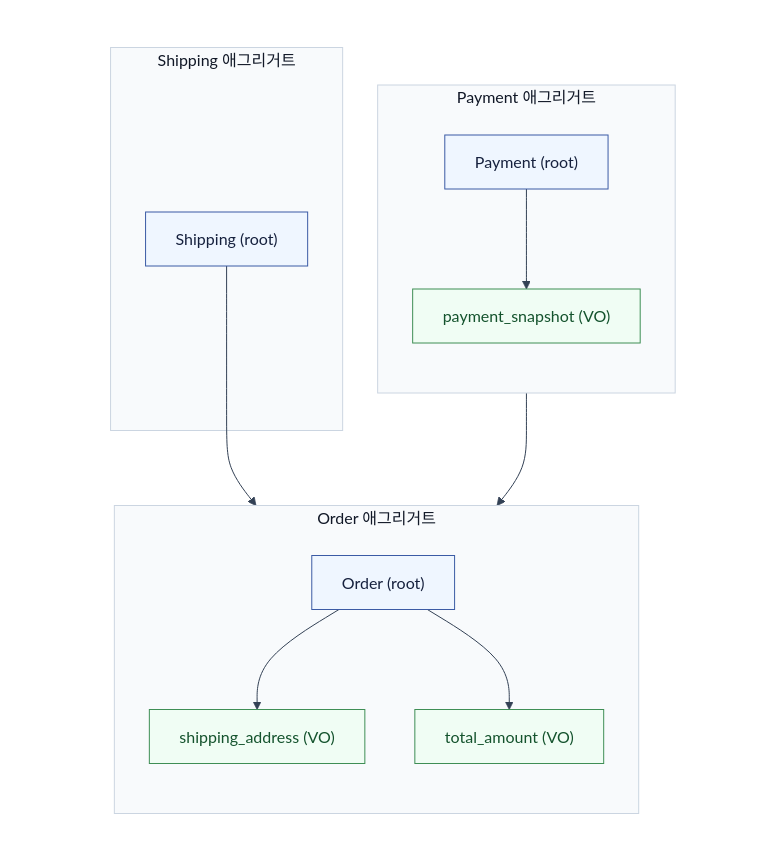
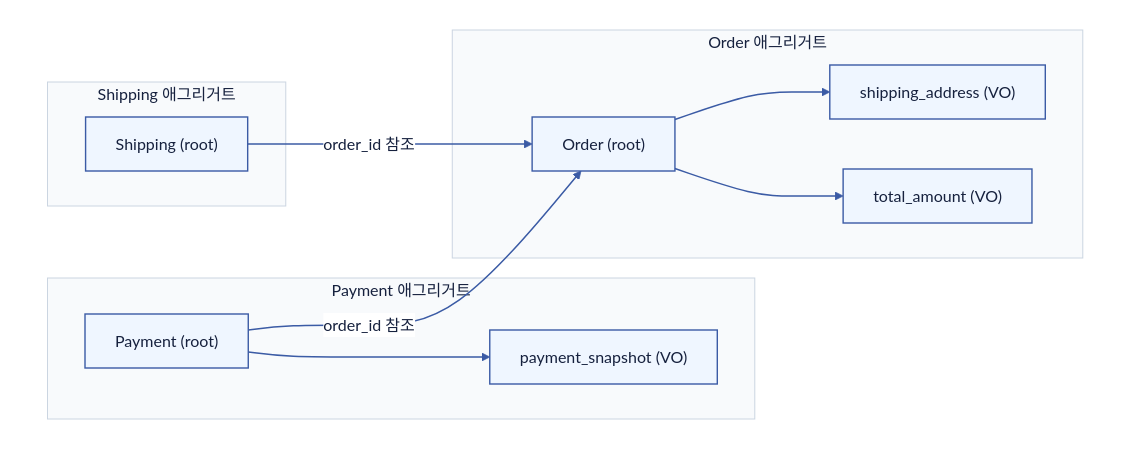
The diagram in computer-science/2606-ddd-aggregate.md (Hyune-s-lab/my-ai-study), drawn with Mermaid before and after one commit. The commit also changed 28 other files, not shown here.

Commit message:
docs: Mermaid 호환성과 문서 가독성 개선

````diff
--- a/computer-science/2606-ddd-aggregate.md
+++ b/computer-science/2606-ddd-aggregate.md
@@ -5,47 +5,31 @@
 ```mermaid
----
-config:
-  theme: base
-  darkMode: false
-  look: classic
-  themeVariables:
-    background: "#ffffff"
-    primaryColor: "#ffffff"
-    primaryTextColor: "#111827"
-    primaryBorderColor: "#475569"
-    lineColor: "#334155"
-    edgeLabelBackground: "#ffffff"
----
 flowchart LR
+%%{init: {"theme": "base", "darkMode": false, "themeVariables": {"background": "#ffffff", "primaryColor": "#EFF6FF", "primaryTextColor": "#16213E", "primaryBorderColor": "#3B5BA5", "secondaryColor": "#F0FDF4", "tertiaryColor": "#FBF5FF", "lineColor": "#3B5BA5", "textColor": "#16213E", "edgeLabelBackground": "#ffffff", "clusterBkg": "#F8FAFC", "clusterBorder": "#CBD5E1", "titleColor": "#16213E", "nodeTextColor": "#16213E", "labelColor": "#16213E"}}}%%
   subgraph canvas[" "]
-    direction TB
+    direction LR
     subgraph ord["Order 애그리거트"]
-      direction TB
       ord_r["Order (root)"]
       ord_s["shipping_address (VO)"]
       ord_v["total_amount (VO)"]
       ord_r --> ord_s
       ord_r --> ord_v
     end
     subgraph pay["Payment 애그리거트"]
-      direction TB
       pay_r["Payment (root)"]
       pay_p["payment_snapshot (VO)"]
       pay_r --> pay_p
     end
     subgraph shp["Shipping 애그리거트"]
       shp_r["Shipping (root)"]
     end
-    pay_r --> ord_r
-    shp_r --> ord_r
+    pay_r -->|"order_id 참조"| ord_r
+    shp_r -->|"order_id 참조"| ord_r
   end
-
-  classDef root fill:#EFF6FF,stroke:#3B5BA5,stroke-width:1px,color:#16213E
-  classDef vo fill:#F0FDF4,stroke:#3F8E55,stroke-width:1px,color:#14532D
-  class ord_r,pay_r,shp_r root
-  class ord_s,ord_v,pay_p vo
-  style ord fill:#F8FAFC,stroke:#CBD5E1,stroke-width:1px,color:#111827
-  style pay fill:#F8FAFC,stroke:#CBD5E1,stroke-width:1px,color:#111827
-  style shp fill:#F8FAFC,stroke:#CBD5E1,stroke-width:1px,color:#111827
-  style canvas fill:#ffffff,stroke:#ffffff,stroke-width:0px,color:#111827
+  style canvas fill:#FFFFFF,stroke:#FFFFFF,stroke-width:0px,color:#16213E
+  style ord fill:#F8FAFC,stroke:#CBD5E1,stroke-width:1px,color:#16213E
+  style pay fill:#F8FAFC,stroke:#CBD5E1,stroke-width:1px,color:#16213E
+  style shp fill:#F8FAFC,stroke:#CBD5E1,stroke-width:1px,color:#16213E
+  linkStyle default stroke:#3B5BA5,stroke-width:1.5px,color:#16213E
+  classDef app fill:#EFF6FF,stroke:#3B5BA5,stroke-width:1.4px,color:#16213E
+  class ord_r,ord_s,ord_v,pay_r,pay_p,shp_r app
 ```
````
